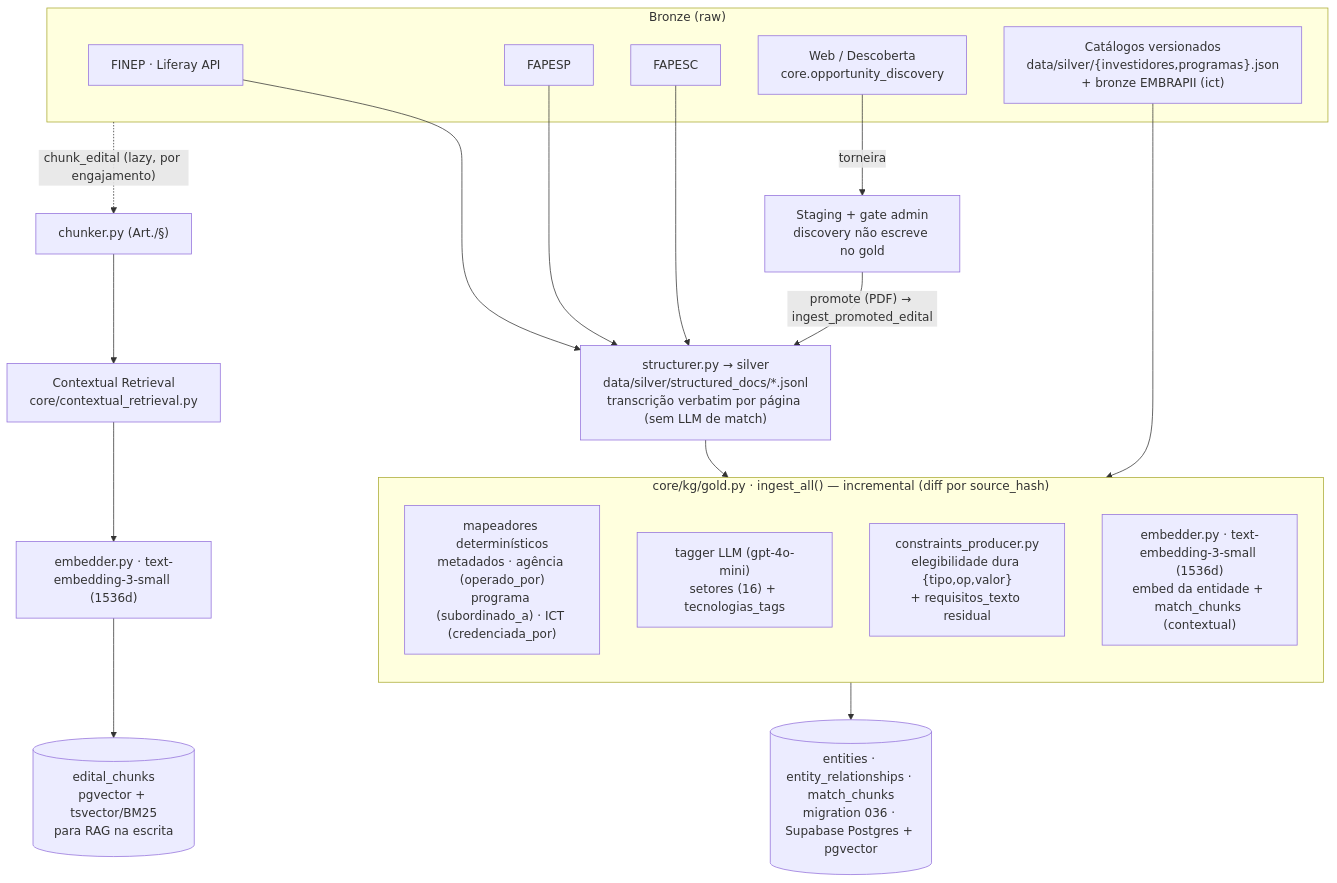
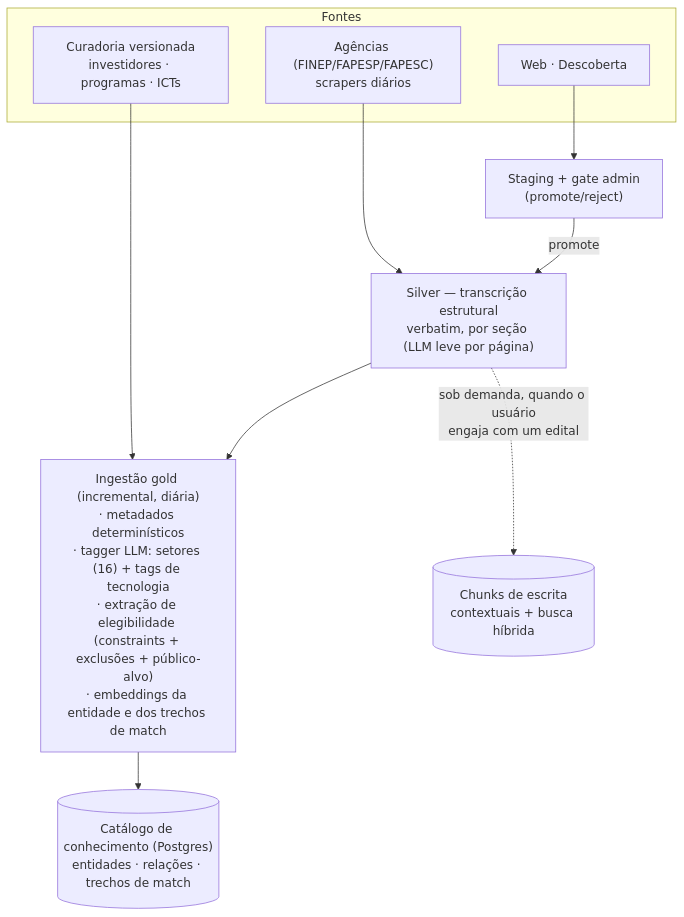
The second of 3 diagrams in docs/architecture.md (lucasborgs/radar_editais), drawn with Mermaid before and after one commit. The commit also changed other lines of this file, not shown here.

Commit message:
docs: architecture.md funcional — arquitetura final v3 por funcionalidade (#71)

````diff
--- a/docs/architecture.md
+++ b/docs/architecture.md
@@ -68,35 +43,19 @@
 ```mermaid
 flowchart TB
-  subgraph BRONZE["Bronze (raw)"]
-    FINEP["FINEP · Liferay API"]
-    FAPESP["FAPESP"]
-    FAPESC["FAPESC"]
-    WEB["Web / Descoberta<br/>core.opportunity_discovery"]
-    CURADOS["Catálogos versionados<br/>data/silver/{investidores,programas}.json<br/>+ bronze EMBRAPII (ict)"]
+  subgraph FONTES["Fontes"]
+    AG["Agências (FINEP/FAPESP/FAPESC)<br/>scrapers diários"]
+    WEB["Web · Descoberta"]
+    CUR["Curadoria versionada<br/>investidores · programas · ICTs"]
   end
 
-  WEB -->|"torneira"| STAGING["Staging + gate admin<br/>discovery não escreve no gold"]
-  STAGING -->|"promote (PDF) → ingest_promoted_edital"| SILVER
-  FINEP --> SILVER
-  FAPESP --> SILVER
-  FAPESC --> SILVER
+  WEB --> GATE["Staging + gate admin<br/>(promote/reject)"]
+  GATE -->|promote| SILVER
+  AG --> SILVER["Silver — transcrição estrutural<br/>verbatim, por seção (LLM leve por página)"]
 
-  SILVER["structurer.py → silver<br/>data/silver/structured_docs/*.jsonl<br/>transcrição verbatim por página (sem LLM de match)"] --> INGEST
+  SILVER --> INGEST["Ingestão gold (incremental, diária)<br/>· metadados determinísticos<br/>· tagger LLM: setores (16) + tags de tecnologia<br/>· extração de elegibilidade (constraints + exclusões + público-alvo)<br/>· embeddings da entidade e dos trechos de match"]
+  CUR --> INGEST
 
-  subgraph INGEST["core/kg/gold.py · ingest_all() — incremental (diff por source_hash)"]
-    direction TB
-    MAP["mapeadores determinísticos<br/>metadados · agência (operado_por)<br/>programa (subordinado_a) · ICT (credenciada_por)"]
-    TAG["tagger LLM (gpt-4o-mini)<br/>setores (16) + tecnologias_tags"]
-    CONS["constraints_producer.py<br/>elegibilidade dura {tipo,op,valor}<br/>+ requisitos_texto residual"]
-    EMBN["embedder.py · text-embedding-3-small (1536d)<br/>embed da entidade + match_chunks (contextual)"]
-  end
-  CURADOS --> INGEST
+  INGEST --> KG[("Catálogo de conhecimento (Postgres)<br/>entidades · relações · trechos de match")]
 
-  INGEST --> GOLD[("entities · entity_relationships · match_chunks<br/>migration 036 · Supabase Postgres + pgvector")]
-
-  BRONZE -.->|"chunk_edital (lazy, por engajamento)"| CHK["chunker.py (Art./§)"]
-  CHK --> CTX["Contextual Retrieval<br/>core/contextual_retrieval.py"]
-  CHKEMB["embedder.py · text-embedding-3-small (1536d)"]
-  CTX --> CHKEMB
-  CHKEMB --> VEC[("edital_chunks<br/>pgvector + tsvector/BM25<br/>para RAG na escrita")]
+  SILVER -.->|"sob demanda, quando o usuário<br/>engaja com um edital"| RAGCHUNKS[("Chunks de escrita<br/>contextuais + busca híbrida")]
 ```
````
